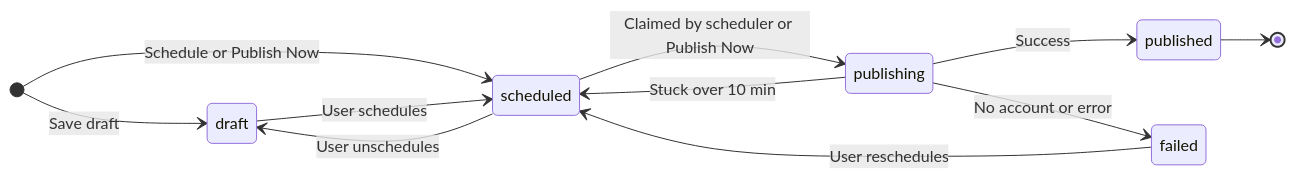
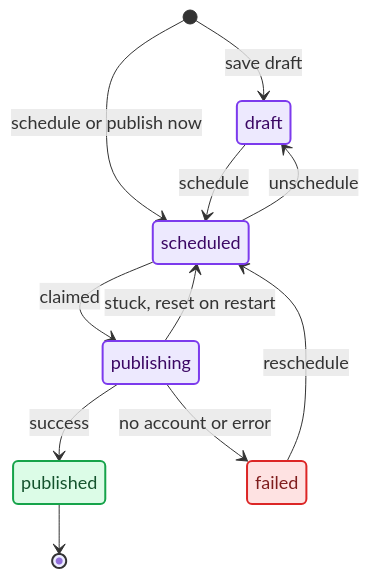
One commit to anurag-joshi-1403/Social_Sync_Webapp changed the tenth of 12 diagrams in README.md. Above: the diagram before and after it, drawn with Mermaid. The commit also changed other lines of this file, not shown here.

Commit message:
docs: update README to enhance architecture and system overview sections

````diff
--- a/README.md
+++ b/README.md
@@ -367,14 +415,22 @@
 ```mermaid
+%%{init: {"themeVariables": {"fontSize": "18px"}}}%%
 stateDiagram-v2
-    direction LR
-    [*] --> draft : Save draft
-    [*] --> scheduled : Schedule or Publish Now
-    draft --> scheduled : User schedules
-    scheduled --> draft : User unschedules
-    scheduled --> publishing : Claimed by scheduler or Publish Now
-    publishing --> published : Success
-    publishing --> failed : No account or error
-    publishing --> scheduled : Stuck over 10 min
-    failed --> scheduled : User reschedules
+    direction TB
+    [*] --> draft : save draft
+    [*] --> scheduled : schedule or publish now
+    draft --> scheduled : schedule
+    scheduled --> draft : unschedule
+    scheduled --> publishing : claimed
+    publishing --> published : success
+    publishing --> failed : no account or error
+    publishing --> scheduled : stuck, reset on restart
+    failed --> scheduled : reschedule
     published --> [*]
+
+    classDef good fill:#DCFCE7,stroke:#16A34A,stroke-width:2px,color:#14532D
+    classDef bad fill:#FEE2E2,stroke:#DC2626,stroke-width:2px,color:#7F1D1D
+    classDef step fill:#EDE9FE,stroke:#7C3AED,stroke-width:2px,color:#3B0764
+    class published good
+    class failed bad
+    class draft,scheduled,publishing step
 ```
````
